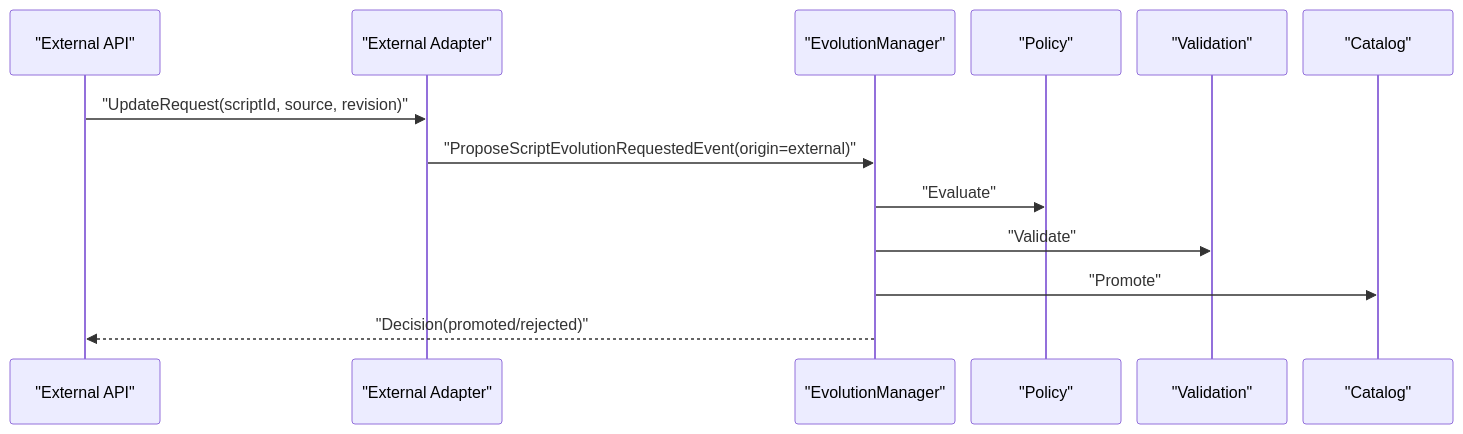
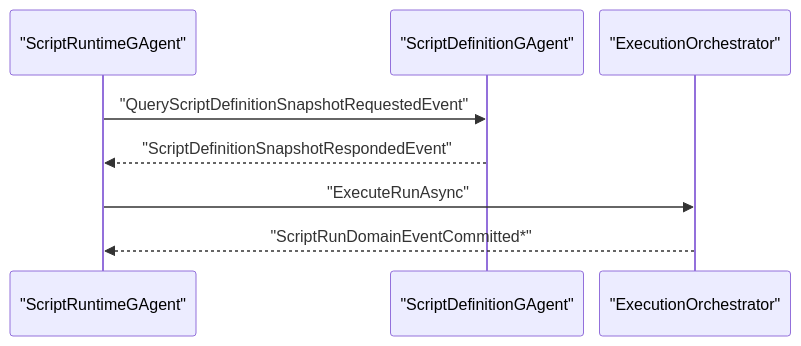
One commit to aevatarAI/aevatar changed the first of 2 diagrams in docs/architecture/scripting-autonomous-evolution-architecture-change-2026-03-02.md. Above: the diagram before and after it, drawn with Mermaid. The commit also changed other lines of this file and 15 other files, not shown here.

First line of the commit message:
Update Aevatar.Scripting architecture documentation and implement new event-driven features

````diff
--- a/docs/architecture/scripting-autonomous-evolution-architecture-change-2026-03-02.md
+++ b/docs/architecture/scripting-autonomous-evolution-architecture-change-2026-03-02.md
@@ -162,17 +95,12 @@
 ```mermaid
 %%{init: {"maxTextSize": 100000, "flowchart": {"useMaxWidth": false, "nodeSpacing": 10, "rankSpacing": 50}, "sequence": {"useMaxWidth": false, "actorMargin": 16, "messageMargin": 12, "diagramMarginX": 20, "diagramMarginY": 10}, "themeVariables": {"fontSize": "10px"}}}%%
 sequenceDiagram
-    participant API as "External API"
-    participant ADP as "External Adapter"
-    participant EVO as "EvolutionManager"
-    participant POL as "Policy"
-    participant VAL as "Validation"
-    participant CAT as "Catalog"
+    participant RT as "ScriptRuntimeGAgent"
+    participant DEF as "ScriptDefinitionGAgent"
+    participant ORC as "ExecutionOrchestrator"
 
-    API->>ADP: "UpdateRequest(scriptId, source, revision)"
-    ADP->>EVO: "ProposeScriptEvolutionRequestedEvent(origin=external)"
-    EVO->>POL: "Evaluate"
-    EVO->>VAL: "Validate"
-    EVO->>CAT: "Promote"
-    EVO-->>API: "Decision(promoted/rejected)"
+    RT->>DEF: "QueryScriptDefinitionSnapshotRequestedEvent"
+    DEF-->>RT: "ScriptDefinitionSnapshotRespondedEvent"
+    RT->>ORC: "ExecuteRunAsync"
+    ORC-->>RT: "ScriptRunDomainEventCommitted*"
 ```
````
